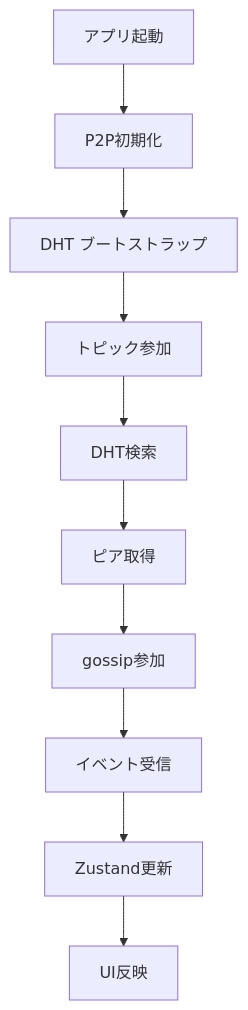
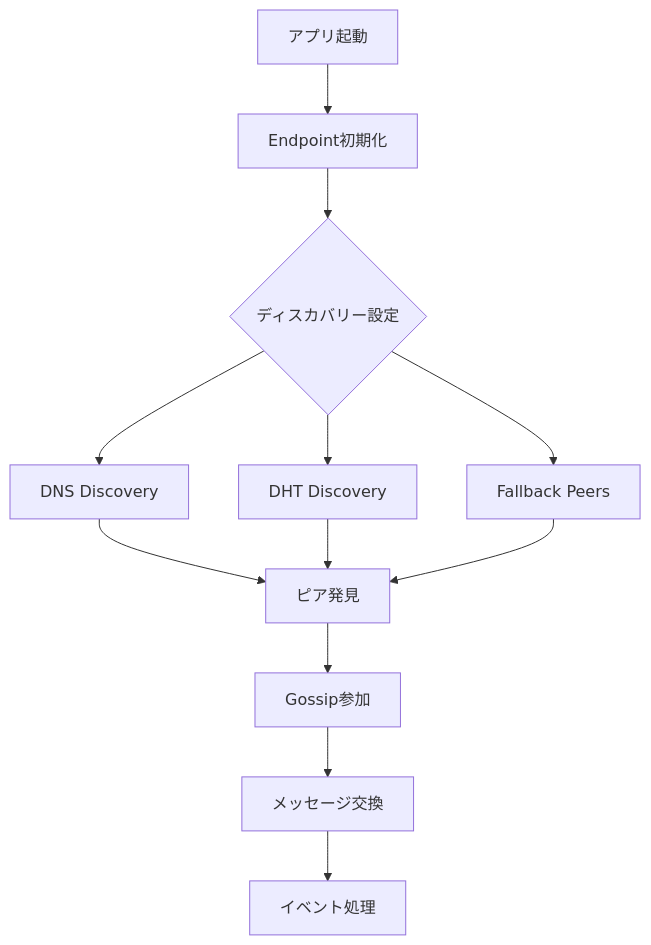
The first of 2 diagrams in docs/02_architecture/dht_discovery_architecture.md (KingYoSun/kukuri), drawn with Mermaid before and after one commit. The commit also changed other lines of this file and 15 other files, not shown here.

````diff
--- a/docs/02_architecture/dht_discovery_architecture.md
+++ b/docs/02_architecture/dht_discovery_architecture.md
@@ -32,12 +31,14 @@
 ```mermaid
 graph TD
-    A[アプリ起動] --> B[P2P初期化]
-    B --> C[DHT ブートストラップ]
-    C --> D[トピック参加]
-    D --> E[DHT検索]
-    E --> F[ピア取得]
-    F --> G[gossip参加]
-    G --> H[イベント受信]
-    H --> I[Zustand更新]
-    I --> J[UI反映]
+    A[アプリ起動] --> B[Endpoint初期化]
+    B --> C{ディスカバリー設定}
+    C --> D[DNS Discovery]
+    C --> E[DHT Discovery]
+    C --> F[Fallback Peers]
+    D --> G[ピア発見]
+    E --> G
+    F --> G
+    G --> H[Gossip参加]
+    H --> I[メッセージ交換]
+    I --> J[イベント処理]
 ```
````
